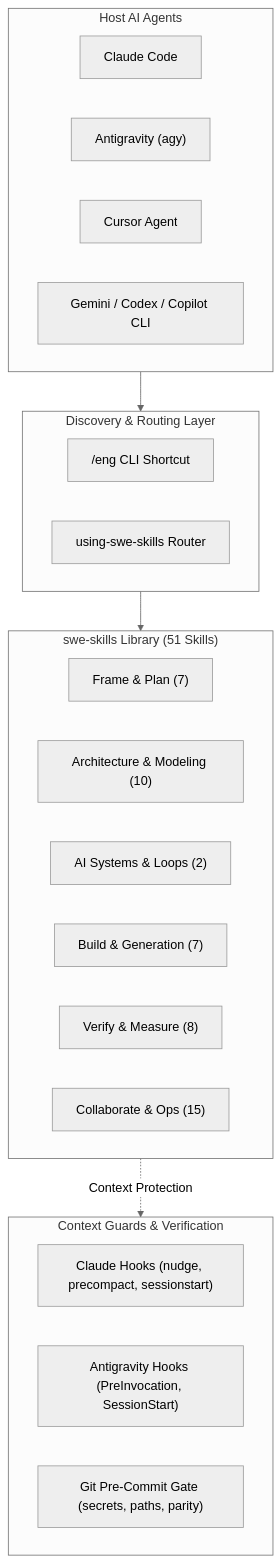
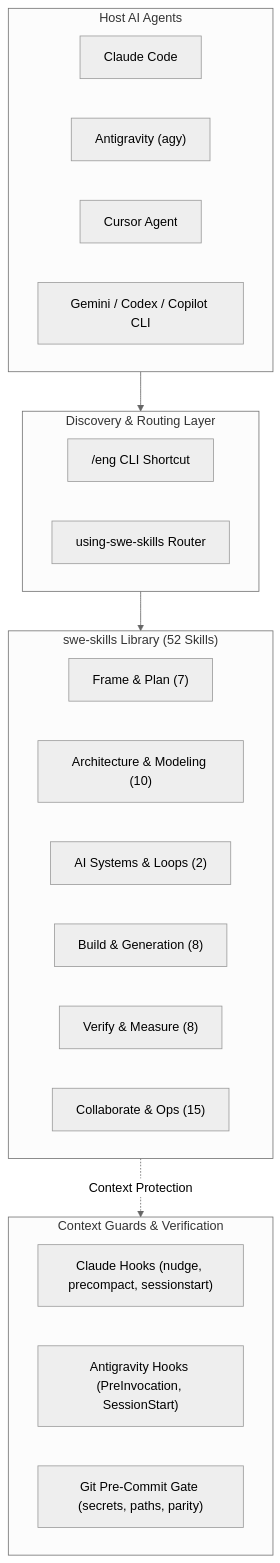
Before and after one commit to bsommers/swe-skills-2: the diagram in docs/usermanual/README.md, drawn with Mermaid (neutral theme). The commit also changed other lines of this file and 13 other files, not shown here.

Commit message:
feat(skills): add building-installers-and-onboarding skill and sync docs

````diff
--- a/docs/usermanual/README.md
+++ b/docs/usermanual/README.md
@@ -36,33 +36,33 @@
 ```mermaid
 flowchart TD
     subgraph AgentHosts["Host AI Agents"]
         Claude["Claude Code"]
         Agy["Antigravity (agy)"]
         Cursor["Cursor Agent"]
         Other["Gemini / Codex / Copilot CLI"]
     end
 
     subgraph RouterLayer["Discovery & Routing Layer"]
         Eng["/eng CLI Shortcut"]
         UsingSwe["using-swe-skills Router"]
     end
 
-    subgraph SkillSuite["swe-skills Library (51 Skills)"]
+    subgraph SkillSuite["swe-skills Library (52 Skills)"]
         Plan["Frame & Plan (7)"]
         Arch["Architecture & Modeling (10)"]
         AI["AI Systems & Loops (2)"]
-        Build["Build & Generation (7)"]
+        Build["Build & Generation (8)"]
         Verify["Verify & Measure (8)"]
         Ops["Collaborate & Ops (15)"]
     end
 
     subgraph RuntimeHooks["Context Guards & Verification"]
         ClaudeHooks["Claude Hooks (nudge, precompact, sessionstart)"]
         AgyHooks["Antigravity Hooks (PreInvocation, SessionStart)"]
         GitHooks["Git Pre-Commit Gate (secrets, paths, parity)"]
     end
 
     AgentHosts --> RouterLayer
     RouterLayer --> SkillSuite
     SkillSuite -. Context Protection .-> RuntimeHooks
 ```
````
